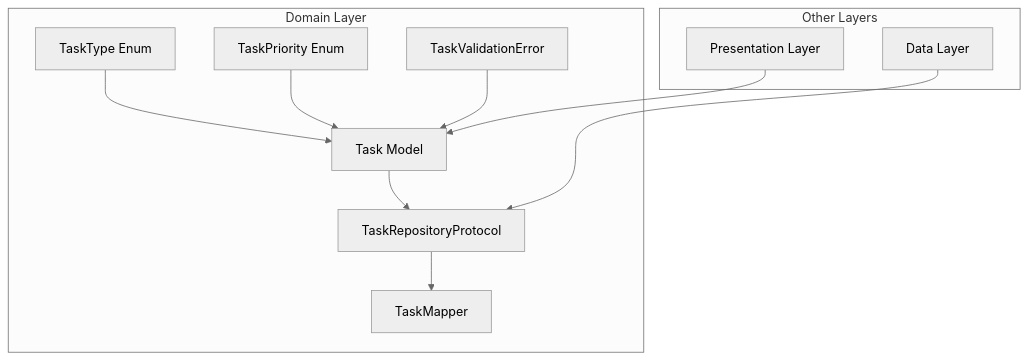
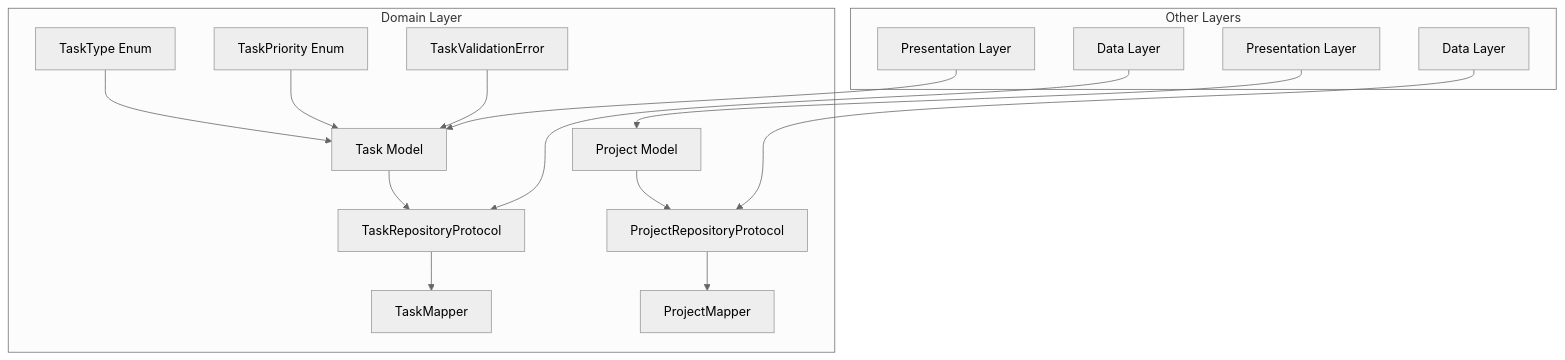
The first of 4 diagrams in .qoder/repowiki/en/content/Domain Layer.md (Saransh-Sharma/Tasker), drawn with Mermaid (neutral theme) before and after one commit. The commit also changed other lines of this file and 18 other files, not shown here.

````diff
--- a/.qoder/repowiki/en/content/Domain Layer.md
+++ b/.qoder/repowiki/en/content/Domain Layer.md
@@ -27,14 +37,18 @@
 ```mermaid
 graph TD
 subgraph "Domain Layer"
 A[Task Model] --> B[TaskRepositoryProtocol]
 C[TaskType Enum] --> A
 D[TaskPriority Enum] --> A
 E[TaskValidationError] --> A
 B --> F[TaskMapper]
+G[Project Model] --> H[ProjectRepositoryProtocol]
+H --> I[ProjectMapper]
 end
 subgraph "Other Layers"
-G[Data Layer] --> B
-H[Presentation Layer] --> A
+J[Data Layer] --> B
+K[Data Layer] --> H
+L[Presentation Layer] --> A
+M[Presentation Layer] --> G
 end
 ```
````
